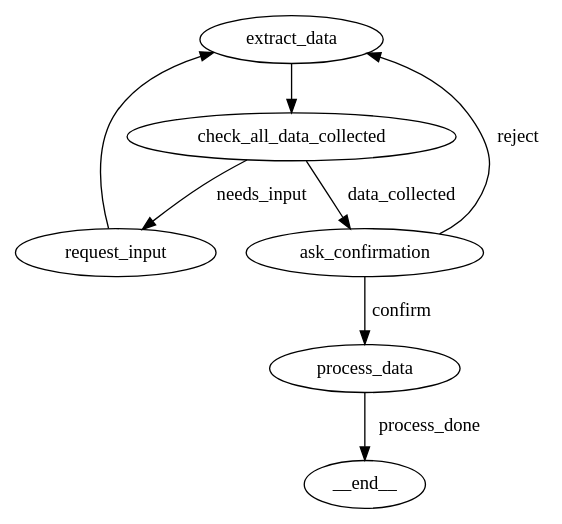
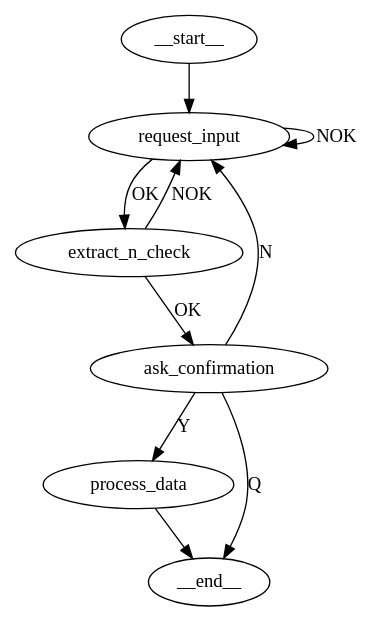
The diagram in README.md (petarkabashki/workflow-automator), drawn with Graphviz before and after one commit. The commit also changed other lines of this file, not shown here.

````diff
--- a/README.md
+++ b/README.md
@@ -60,12 +57,13 @@
     ```dot
-    digraph state_machine {
-        graph [name="state_machine_extract_data"] // Example to set initial state, remove for default
-        extract_data -> check_all_data_collected;
-        check_all_data_collected -> request_input [label="needs_input"];
-        check_all_data_collected -> ask_confirmation [label="data_collected"];
-        request_input -> extract_data;
-        ask_confirmation -> process_data [label="confirm"];
-        ask_confirmation -> extract_data [label="reject"];
-        process_data -> __end__ [label="process_done"];
+    strict digraph {
+        __start__ -> request_input;
+        request_input -> extract_n_check[label="OK"];
+        request_input -> request_input[label="NOK"];
+        extract_n_check -> request_input[label="NOK"];
+        extract_n_check -> ask_confirmation[label="OK"];
+        ask_confirmation -> process_data[label="Y"];
+        ask_confirmation -> request_input[label="N"];
+        ask_confirmation -> __end__[label="Q"];
+        process_data -> __end__;
     }
     ```
````
